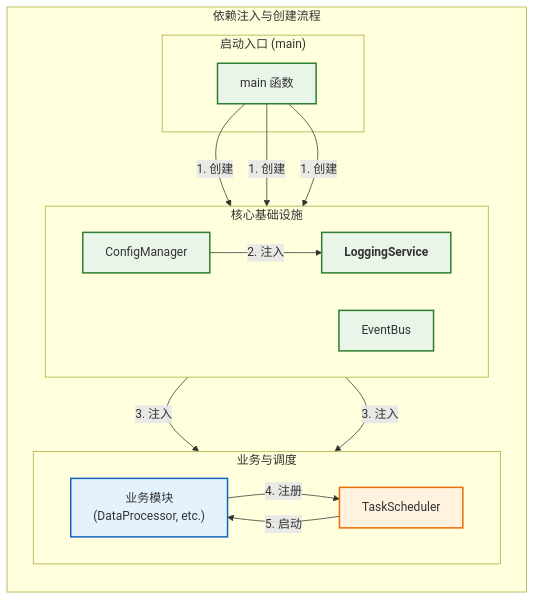
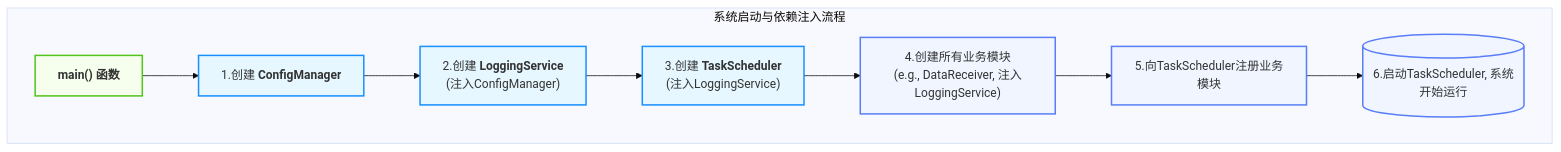
The fourth of 5 diagrams in docs/01_项目设计/02_模块设计/07_日志服务设计.md (wendizhou99-cell/Radar), drawn with Mermaid before and after one commit. The commit also changed other lines of this file and 26 other files, not shown here.

First line of the commit message:
docs: 完成数据架构文档系列重构和Mermaid可视化指南增强

````diff
--- a/docs/01_项目设计/02_模块设计/07_日志服务设计.md
+++ b/docs/01_项目设计/02_模块设计/07_日志服务设计.md
@@ -829,42 +432,32 @@
 ```mermaid
+---
+  config:
+    theme: base
+    flowchart:
+      curve: basis
+---
 graph TD
-    subgraph "依赖注入与创建流程"
-        direction TB
+    %% --- 图例 (上下文颜色语义) ---
+    %% 应用入口 (浅绿): main函数, 系统启动的起点。
+    %% 核心服务 (浅蓝): 系统级的基础服务。
+    %% 业务模块 (淡紫): 执行具体业务逻辑的模块。
 
-        subgraph "启动入口 (main)"
-            MAIN[main 函数]
-        end
-
-        subgraph "核心基础设施"
-            direction LR
-            CONFIG_MGR[ConfigManager]
-            EVENT_BUS[EventBus]
-            LOG_SVC[<b>LoggingService</b>]
-        end
-
-        subgraph "业务与调度"
-            direction LR
-            MODULES["业务模块<br/>(DataProcessor, etc.)"]
-            TASK_SCHEDULER[TaskScheduler]
-        end
-
-        %% 创建与注入关系
-        MAIN -- "1. 创建" --> CONFIG_MGR & EVENT_BUS & LOG_SVC
-        CONFIG_MGR -- "2. 注入" --> LOG_SVC
-
-        LOG_SVC -- "3. 注入" --> MODULES
-        LOG_SVC -- "3. 注入" --> TASK_SCHEDULER
-
-        MODULES -- "4. 注册" --> TASK_SCHEDULER
-        TASK_SCHEDULER -- "5. 启动" --> MODULES
+    subgraph "系统启动与依赖注入流程"
+        A["<b>main() 函数</b>"] --> B["1.创建 <b>ConfigManager</b>"];
+        B --> C["2.创建 <b>LoggingService</b><br/>(注入ConfigManager)"];
+        C --> D["3.创建 <b>TaskScheduler</b><br/>(注入LoggingService)"];
+        D --> E["4.创建所有业务模块<br/>(e.g., DataReceiver, 注入LoggingService)"];
+        E --> F["5.向TaskScheduler注册业务模块"];
+        F --> G[("6.启动TaskScheduler, 系统开始运行")];
     end
 
-    %% 样式定义
-    classDef main fill:#e8f5e8,stroke:#2e7d32,stroke-width:2px;
-    classDef module fill:#e3f2fd,stroke:#1565c0,stroke-width:2px;
-    classDef scheduler fill:#fff3e0,stroke:#ef6c00,stroke-width:2px;
+    %% --- 标准 classDef 模板 ---
+    classDef role_B fill:#f6ffed,stroke:#52c41a,stroke-width:2px
+    classDef role_A fill:#e6f7ff,stroke:#1890ff,stroke-width:2px
+    classDef role_D fill:#f0f5ff,stroke:#597ef7,stroke-width:2px
 
-    class MAIN,CONFIG_MGR,EVENT_BUS,LOG_SVC main;
-    class MODULES module;
-    class TASK_SCHEDULER scheduler;
+    %% --- 样式应用 ---
+    class A role_B
+    class B,C,D role_A
+    class E,F,G role_D
 ```
````
